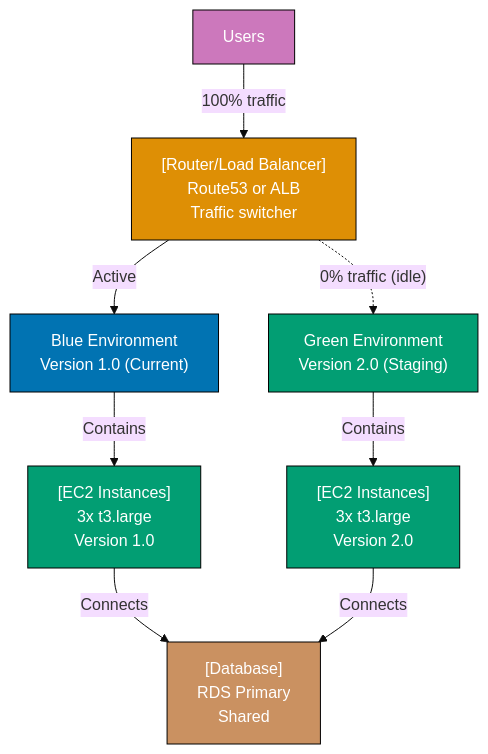
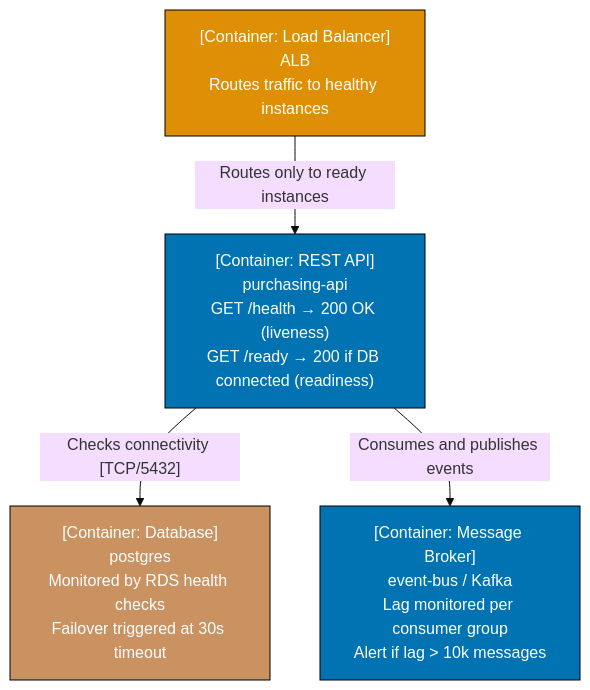
Diagram 16 of 30 in apps/ayokoding-web/content/en/learn/software-engineering/architecture/c4-architecture-model/by-example/intermediate.md (wahidyankf/open-sharia-enterprise), drawn with Mermaid (base theme) before and after one commit. The commit also changed other lines of this file and 38 other files, not shown here.

First line of the commit message:
docs(ayokoding-web): unify architecture tutorials on shared P2P domain

````diff
--- a/apps/ayokoding-web/content/en/learn/software-engineering/architecture/c4-architecture-model/by-example/intermediate.md
+++ b/apps/ayokoding-web/content/en/learn/software-engineering/architecture/c4-architecture-model/by-example/intermediate.md
@@ -614,30 +665,16 @@
 ```mermaid
 graph TD
-    Users["Users"]
-    Router["[Router/Load Balancer]<br/>Route53 or ALB<br/>Traffic switcher"]
+    LB["[Container: Load Balancer]<br/>ALB<br/>Routes traffic to healthy instances"]
+    PurchAPI["[Container: REST API]<br/>purchasing-api<br/>GET /health → 200 OK (liveness)<br/>GET /ready → 200 if DB connected (readiness)"]
+    PG["[Container: Database]<br/>postgres<br/>Monitored by RDS health checks<br/>Failover triggered at 30s timeout"]
+    EventBus["[Container: Message Broker]<br/>event-bus / Kafka<br/>Lag monitored per consumer group<br/>Alert if lag > 10k messages"]
 
-    BlueEnv["Blue Environment<br/>Version 1.0 (Current)"]
-    BlueInstances["[EC2 Instances]<br/>3x t3.large<br/>Version 1.0"]
-    BlueDB["[Database]<br/>RDS Primary<br/>Shared"]
+    LB -->|"Routes only to ready instances"| PurchAPI
+    PurchAPI -->|"Checks connectivity [TCP/5432]"| PG
+    PurchAPI -->|"Consumes and publishes events"| EventBus
 
-    GreenEnv["Green Environment<br/>Version 2.0 (Staging)"]
-    GreenInstances["[EC2 Instances]<br/>3x t3.large<br/>Version 2.0"]
-
-    Users -->|"100% traffic"| Router
-    Router -->|"Active"| BlueEnv
-    Router -.->|"0% traffic (idle)"| GreenEnv
-
-    BlueEnv -->|Contains| BlueInstances
-    BlueInstances -->|Connects| BlueDB
-
-    GreenEnv -->|Contains| GreenInstances
-    GreenInstances -->|Connects| BlueDB
-
-    style Users fill:#CC78BC,stroke:#000,color:#fff
-    style Router fill:#DE8F05,stroke:#000,color:#fff
-    style BlueEnv fill:#0173B2,stroke:#000,color:#fff
-    style BlueInstances fill:#029E73,stroke:#000,color:#fff
-    style BlueDB fill:#CA9161,stroke:#000,color:#fff
-    style GreenEnv fill:#029E73,stroke:#000,color:#fff
-    style GreenInstances fill:#029E73,stroke:#000,color:#fff
+    style LB fill:#DE8F05,stroke:#000,color:#fff
+    style PurchAPI fill:#0173B2,stroke:#000,color:#fff
+    style PG fill:#CA9161,stroke:#000,color:#fff
+    style EventBus fill:#0173B2,stroke:#000,color:#fff
 ```
````
